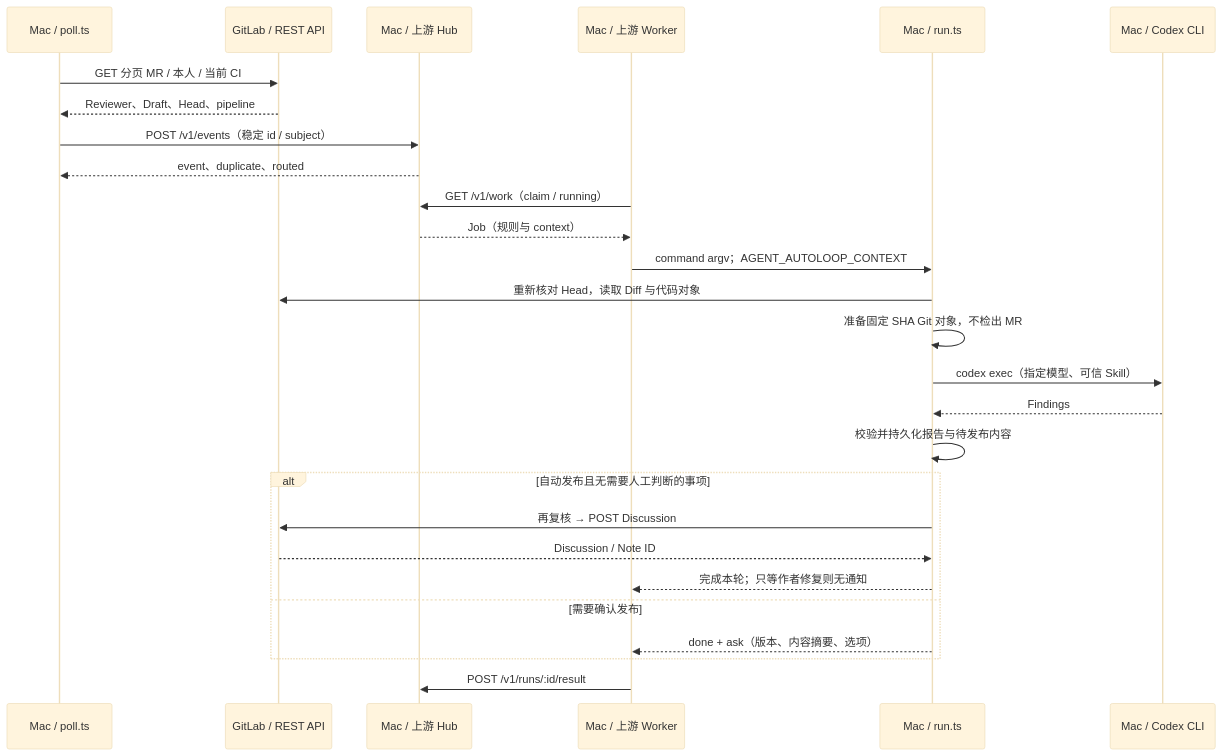
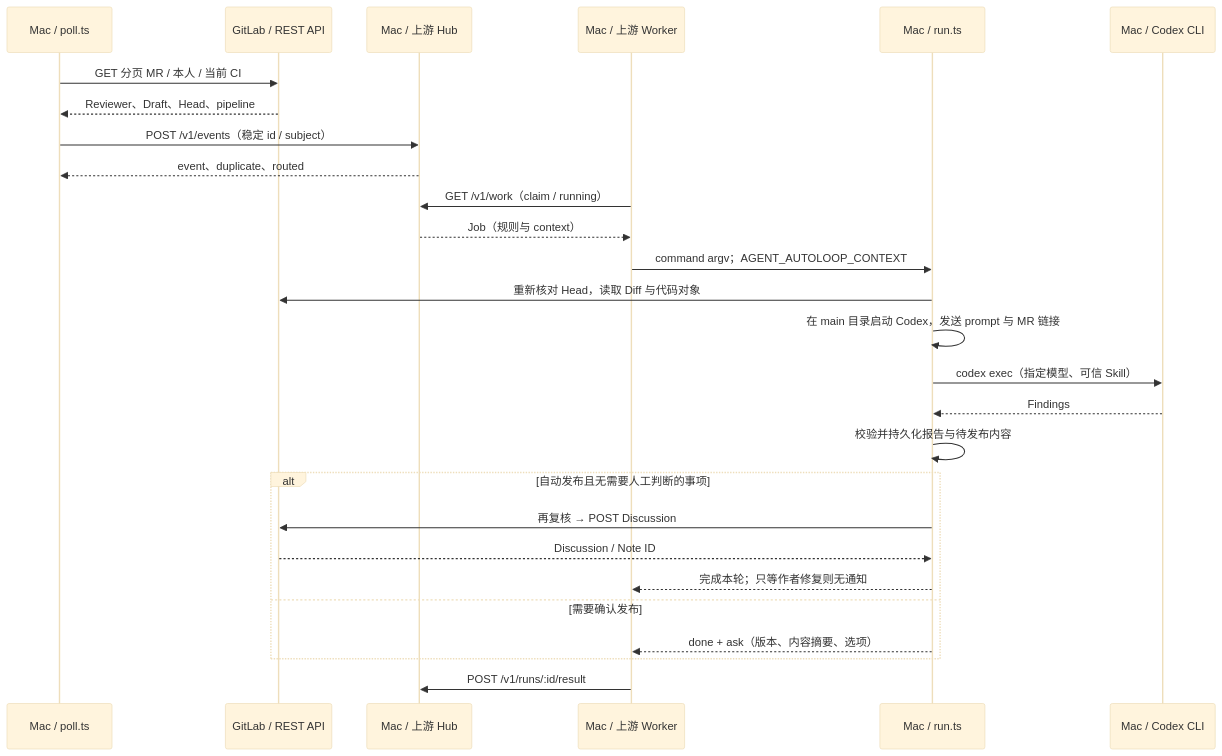
One commit to OOSYOO/agent-autoloop changed the second of 3 diagrams in docs/specs/local_agent_automation.md. Above: the diagram before and after it, drawn with Mermaid (base theme). The commit also changed other lines of this file and 22 other files, not shown here.

````diff
--- a/docs/specs/local_agent_automation.md
+++ b/docs/specs/local_agent_automation.md
@@ -110,29 +110,29 @@
 ```mermaid
 sequenceDiagram
     participant P as Mac / poll.ts
     participant G as GitLab / REST API
     participant H as Mac / 上游 Hub
     participant W as Mac / 上游 Worker
     participant R as Mac / run.ts
     participant X as Mac / Codex CLI
     P->>G: GET 分页 MR / 本人 / 当前 CI
     G-->>P: Reviewer、Draft、Head、pipeline
     P->>H: POST /v1/events（稳定 id / subject）
     H-->>P: event、duplicate、routed
     W->>H: GET /v1/work（claim / running）
     H-->>W: Job（规则与 context）
     W->>R: command argv；AGENT_AUTOLOOP_CONTEXT
     R->>G: 重新核对 Head，读取 Diff 与代码对象
-    R->>R: 准备固定 SHA Git 对象，不检出 MR
+    R->>R: 在 main 目录启动 Codex，发送 prompt 与 MR 链接
     R->>X: codex exec（指定模型、可信 Skill）
     X-->>R: Findings
     R->>R: 校验并持久化报告与待发布内容
     alt 自动发布且无需要人工判断的事项
         R->>G: 再复核 → POST Discussion
         G-->>R: Discussion / Note ID
         R-->>W: 完成本轮；只等作者修复则无通知
     else 需要确认发布
         R-->>W: done + ask（版本、内容摘要、选项）
     end
     W->>H: POST /v1/runs/:id/result
 ```
````
